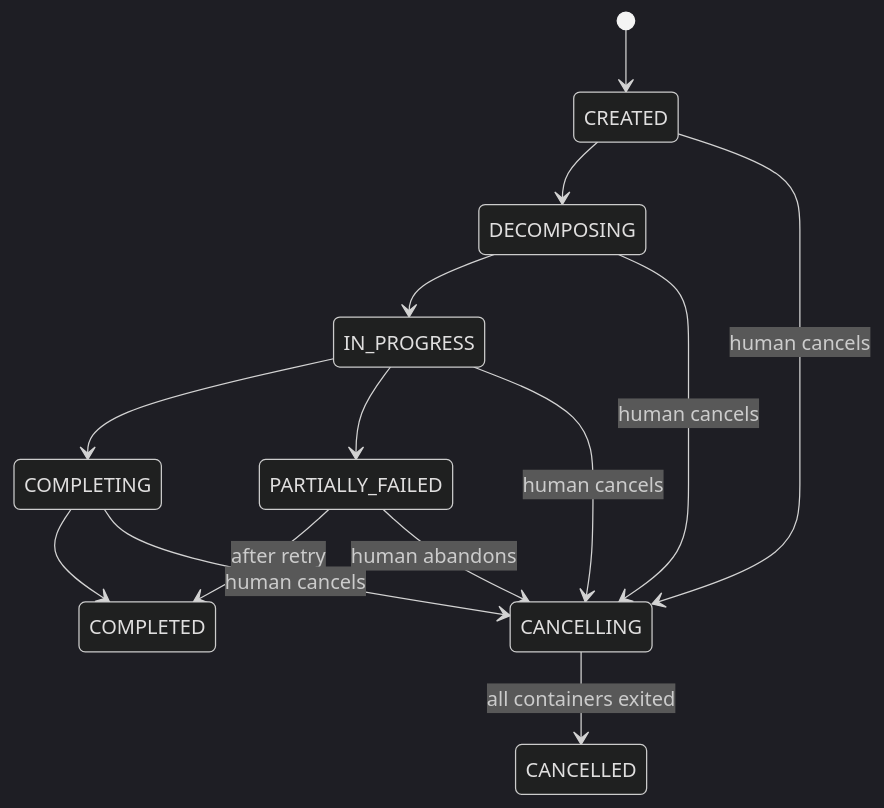
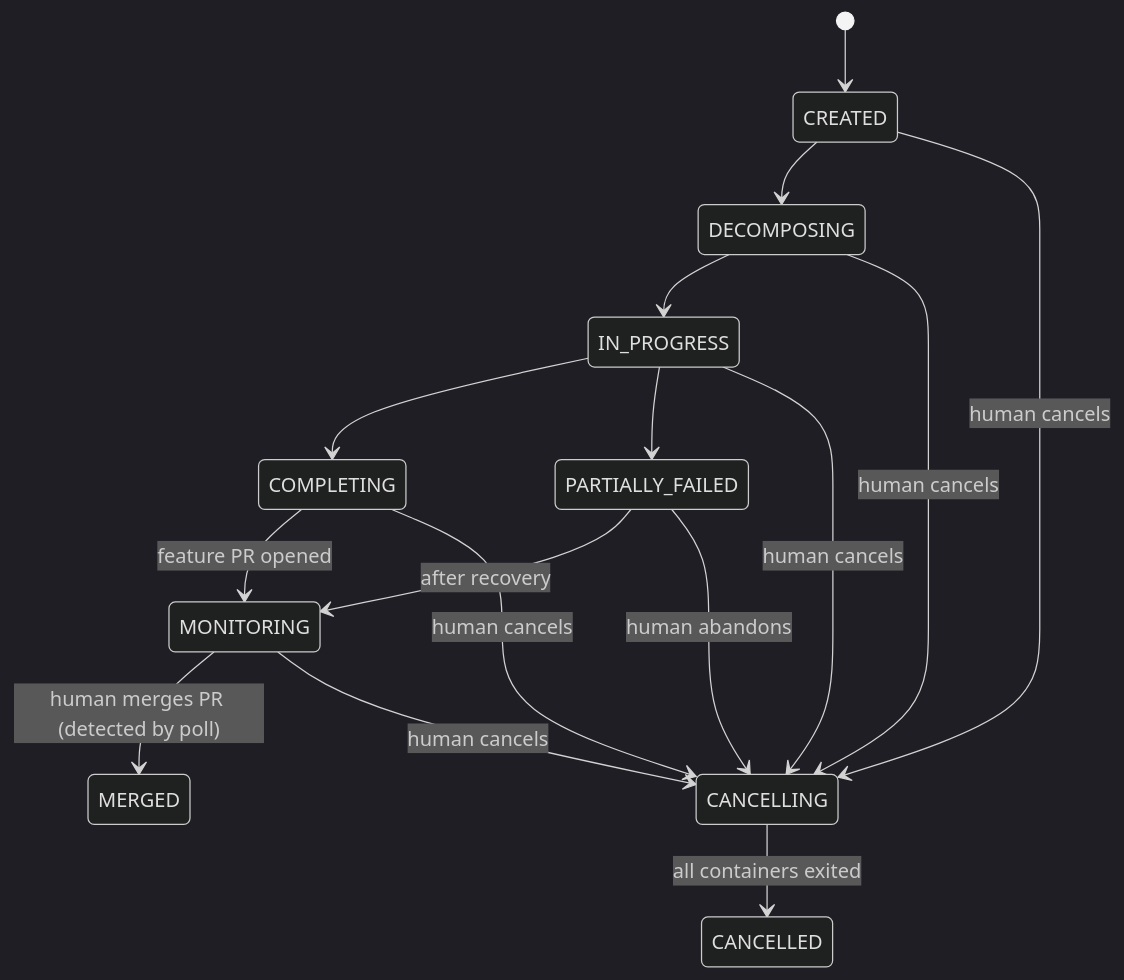
The first of 7 diagrams in docs/specs/01-workflow.md (0xc14m1z/opex), drawn with Mermaid (dark theme) before and after one commit. The commit also changed other lines of this file and 6 other files, not shown here.

````diff
--- a/docs/specs/01-workflow.md
+++ b/docs/specs/01-workflow.md
@@ -23,16 +23,18 @@
 ```mermaid
 stateDiagram-v2
     [*] --> CREATED
     CREATED --> DECOMPOSING
     DECOMPOSING --> IN_PROGRESS
     IN_PROGRESS --> COMPLETING
     IN_PROGRESS --> PARTIALLY_FAILED
-    COMPLETING --> COMPLETED
-    PARTIALLY_FAILED --> COMPLETED : after retry
+    COMPLETING --> MONITORING : feature PR opened
+    PARTIALLY_FAILED --> MONITORING : after recovery
     PARTIALLY_FAILED --> CANCELLING : human abandons
+    MONITORING --> MERGED : human merges PR (detected by poll)
+    MONITORING --> CANCELLING : human cancels
     CREATED --> CANCELLING : human cancels
     DECOMPOSING --> CANCELLING : human cancels
     IN_PROGRESS --> CANCELLING : human cancels
     COMPLETING --> CANCELLING : human cancels
     CANCELLING --> CANCELLED : all containers exited
 ```
````
